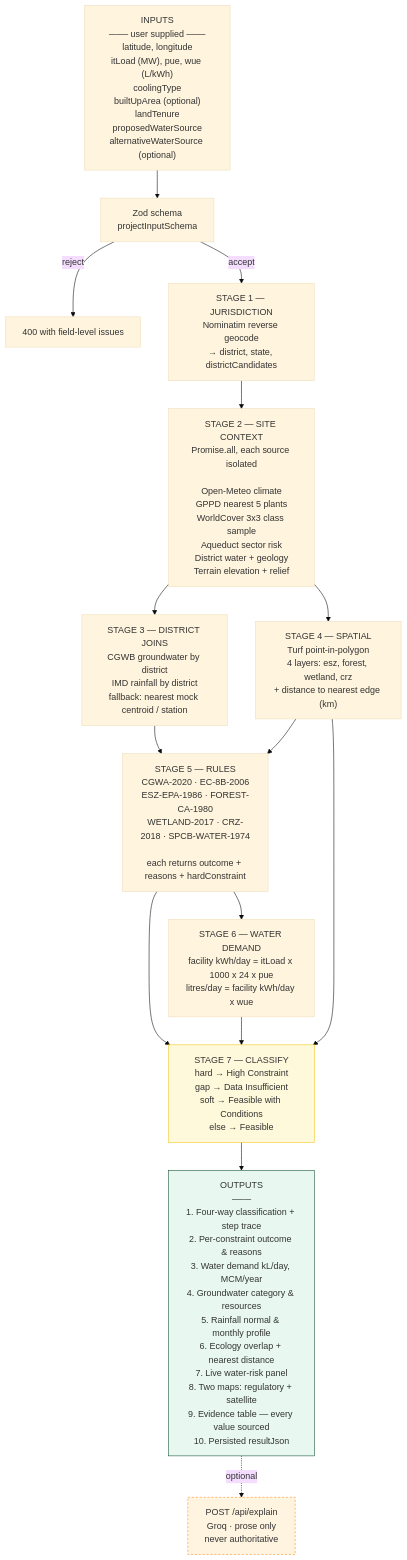
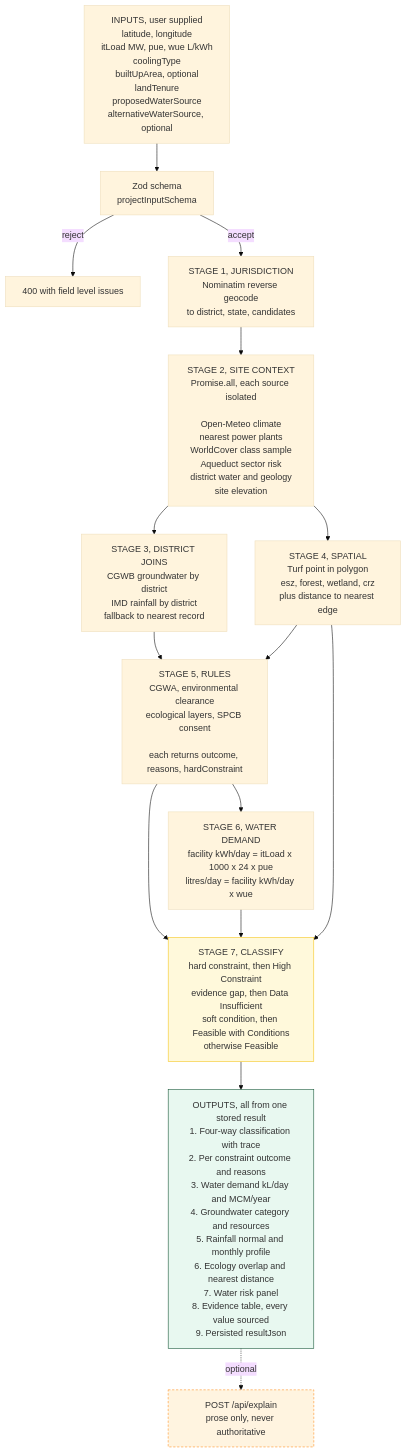
One commit to dsouza-shaun/jaldrishti changed the fourth of 7 diagrams in TECHNICAL_APPROACH.md. Above: the diagram before and after it, drawn with Mermaid (base theme). The commit also changed other lines of this file and 14 other files, not shown here.

````diff
--- a/TECHNICAL_APPROACH.md
+++ b/TECHNICAL_APPROACH.md
@@ -407,39 +279,38 @@
 ```mermaid
 flowchart TD
-    IN["INPUTS<br/>─── user supplied ───<br/>latitude, longitude<br/>itLoad (MW), pue, wue (L/kWh)<br/>coolingType<br/>builtUpArea (optional)<br/>landTenure<br/>proposedWaterSource<br/>alternativeWaterSource (optional)"]
+    IN["INPUTS, user supplied<br/>latitude, longitude<br/>itLoad MW, pue, wue L/kWh<br/>coolingType<br/>builtUpArea, optional<br/>landTenure<br/>proposedWaterSource<br/>alternativeWaterSource, optional"]
 
     IN --> VAL["Zod schema<br/>projectInputSchema"]
-    VAL -->|reject| ERR["400 with field-level issues"]
+    VAL -->|reject| ERR["400 with field level issues"]
     VAL -->|accept| GEO
 
-    GEO["STAGE 1 — JURISDICTION<br/>Nominatim reverse geocode<br/>→ district, state, districtCandidates"]
+    GEO["STAGE 1, JURISDICTION<br/>Nominatim reverse geocode<br/>to district, state, candidates"]
 
-    GEO --> CTX["STAGE 2 — SITE CONTEXT<br/>Promise.all, each source isolated<br/><br/>Open-Meteo climate<br/>GPPD nearest 5 plants<br/>WorldCover 3x3 class sample<br/>Aqueduct sector risk<br/>District water + geology<br/>Terrain elevation + relief"]
+    GEO --> CTX["STAGE 2, SITE CONTEXT<br/>Promise.all, each source isolated<br/><br/>Open-Meteo climate<br/>nearest power plants<br/>WorldCover class sample<br/>Aqueduct sector risk<br/>district water and geology<br/>site elevation"]
 
-    CTX --> JOIN["STAGE 3 — DISTRICT JOINS<br/>CGWB groundwater by district<br/>IMD rainfall by district<br/>fallback: nearest mock centroid / station"]
+    CTX --> JOIN["STAGE 3, DISTRICT JOINS<br/>CGWB groundwater by district<br/>IMD rainfall by district<br/>fallback to nearest record"]
 
-    CTX --> SPAT["STAGE 4 — SPATIAL<br/>Turf point-in-polygon<br/>4 layers: esz, forest, wetland, crz<br/>+ distance to nearest edge (km)"]
+    CTX --> SPAT["STAGE 4, SPATIAL<br/>Turf point in polygon<br/>esz, forest, wetland, crz<br/>plus distance to nearest edge"]
 
     JOIN --> RULES
     SPAT --> RULES
 
-    RULES["STAGE 5 — RULES<br/>CGWA-2020 · EC-8B-2006<br/>ESZ-EPA-1986 · FOREST-CA-1980<br/>WETLAND-2017 · CRZ-2018 · SPCB-WATER-1974<br/><br/>each returns outcome + reasons + hardConstraint"]
+    RULES["STAGE 5, RULES<br/>CGWA, environmental clearance<br/>ecological layers, SPCB consent<br/><br/>each returns outcome, reasons, hardConstraint"]
 
-    RULES --> WATER["STAGE 6 — WATER DEMAND<br/>facility kWh/day = itLoad x 1000 x 24 x pue<br/>litres/day = facility kWh/day x wue"]
-
+    RULES --> WATER["STAGE 6, WATER DEMAND<br/>facility kWh/day = itLoad x 1000 x 24 x pue<br/>litres/day = facility kWh/day x wue"]
     RULES --> CLS
     WATER --> CLS
     SPAT --> CLS
 
-    CLS["STAGE 7 — CLASSIFY<br/>hard → High Constraint<br/>gap → Data Insufficient<br/>soft → Feasible with Conditions<br/>else → Feasible"]
+    CLS["STAGE 7, CLASSIFY<br/>hard constraint, then High Constraint<br/>evidence gap, then Data Insufficient<br/>soft condition, then Feasible with Conditions<br/>otherwise Feasible"]
 
     CLS --> OUT
 
-    OUT["OUTPUTS<br/>───<br/>1. Four-way classification + step trace<br/>2. Per-constraint outcome &amp; reasons<br/>3. Water demand kL/day, MCM/year<br/>4. Groundwater category &amp; resources<br/>5. Rainfall normal &amp; monthly profile<br/>6. Ecology overlap + nearest distance<br/>7. Live water-risk panel<br/>8. Two maps: regulatory + satellite<br/>9. Evidence table — every value sourced<br/>10. Persisted resultJson"]
+    OUT["OUTPUTS, all from one stored result<br/>1. Four-way classification with trace<br/>2. Per constraint outcome and reasons<br/>3. Water demand kL/day and MCM/year<br/>4. Groundwater category and resources<br/>5. Rainfall normal and monthly profile<br/>6. Ecology overlap and nearest distance<br/>7. Water risk panel<br/>8. Evidence table, every value sourced<br/>9. Persisted resultJson"]
 
-    OUT -.optional.-> LLMX["POST /api/explain<br/>Groq · prose only<br/>never authoritative"]
+    OUT -.optional.-> LLMX["POST /api/explain<br/>prose only, never authoritative"]
 
     style CLS fill:#fff9db,stroke:#f5c518
     style LLMX fill:#fff4e0,stroke:#ff8c1a,stroke-dasharray: 4 3
     style OUT fill:#e8f8f0,stroke:#0f5132
 ```
````
